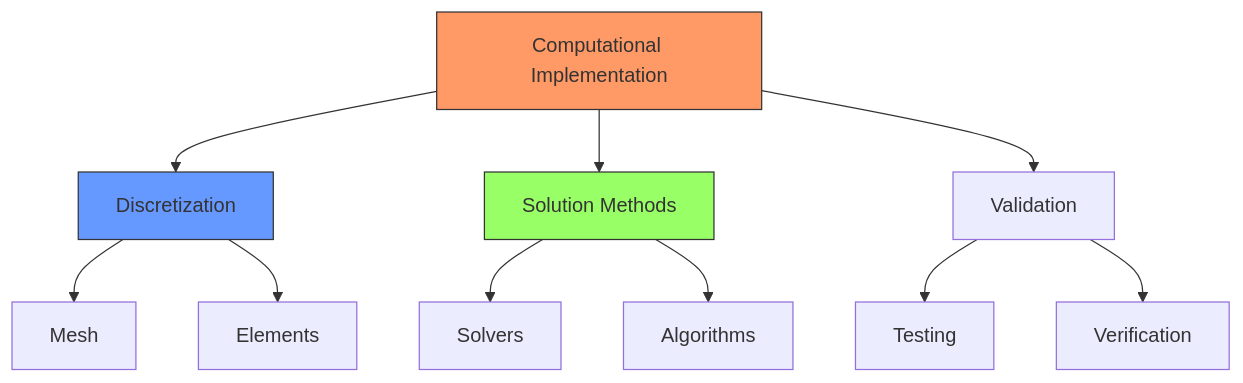
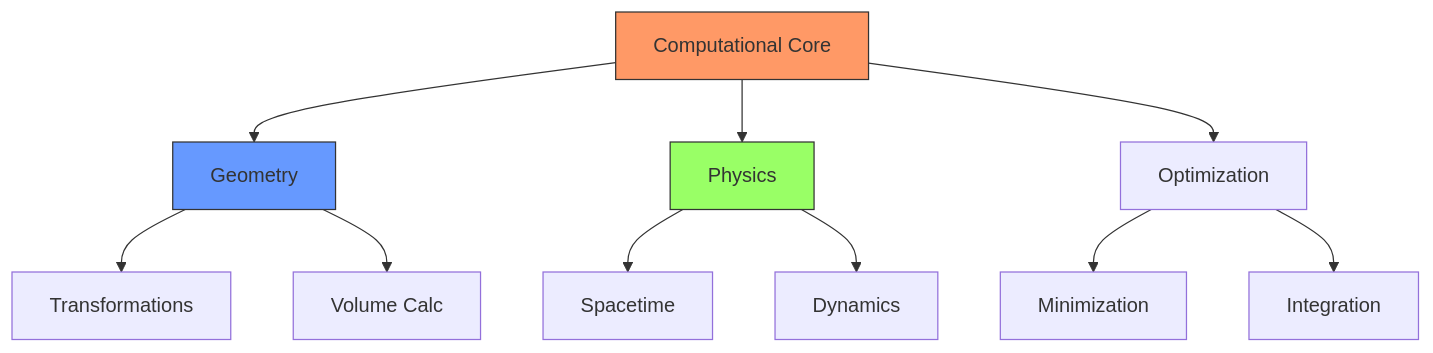
Before and after one commit to docxology/School_of_Tomorrow: diagram 14 of 16 in concepts/4D.md, drawn with Mermaid. The commit also changed other lines of this file and 8 other files, not shown here.

````diff
--- a/concepts/4D.md
+++ b/concepts/4D.md
@@ -468,19 +593,19 @@
 ```mermaid
 graph TD
-    A[Computational Implementation] --> B[Discretization]
-    A --> C[Solution Methods]
-    A --> D[Validation]
+    A[Computational Core] --> B[Geometry]
+    A --> C[Physics]
+    A --> D[Optimization]
     
-    B --> E[Mesh]
-    B --> F[Elements]
+    B --> E[Transformations]
+    B --> F[Volume Calc]
     
-    C --> G[Solvers]
-    C --> H[Algorithms]
+    C --> G[Spacetime]
+    C --> H[Dynamics]
     
-    D --> I[Testing]
-    D --> J[Verification]
+    D --> I[Minimization]
+    D --> J[Integration]
     
     style A fill:#f96,stroke:#333
     style B fill:#69f,stroke:#333
     style C fill:#9f6,stroke:#333
 ```
````
